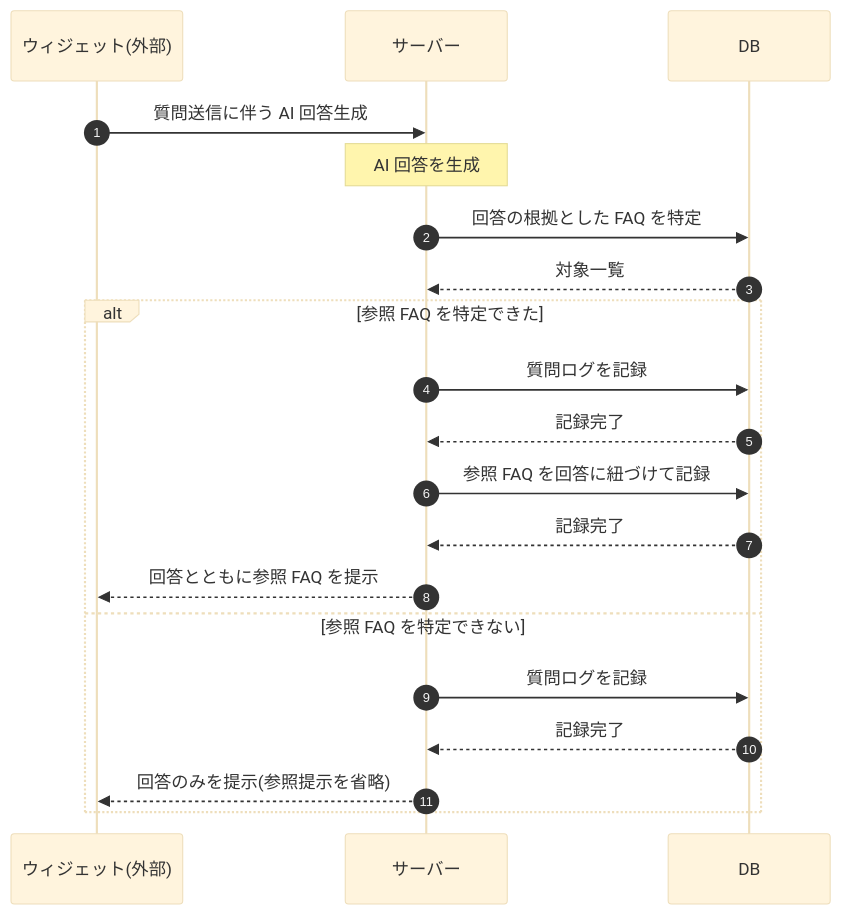
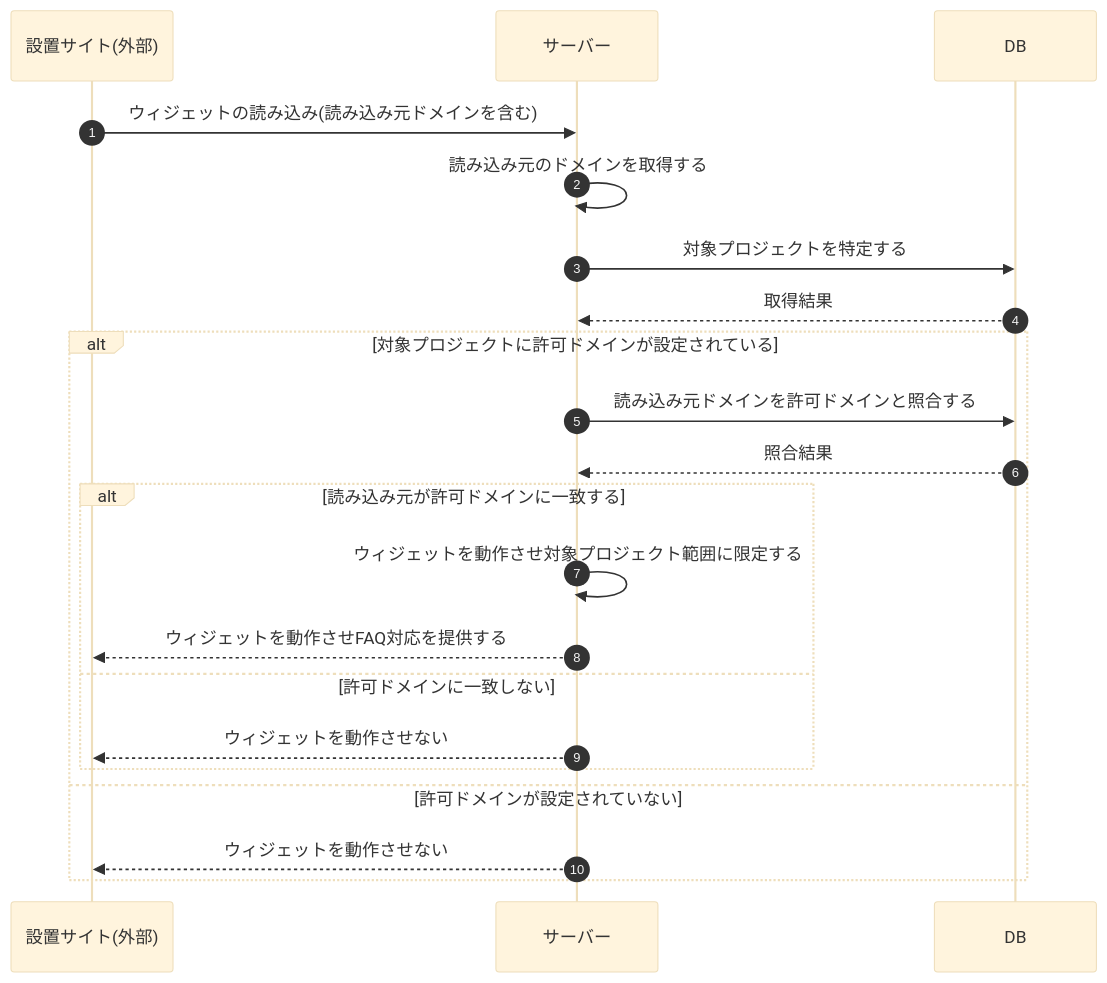
Before and after one commit to sikakou54/open-faq: the diagram in 02_basic_design/03_sequences/SEQ-110.md, drawn with Mermaid (base theme). The commit also changed other lines of this file and 395 other files, not shown here.

````diff
--- a/02_basic_design/03_sequences/SEQ-110.md
+++ b/02_basic_design/03_sequences/SEQ-110.md
@@ -25,22 +25,23 @@
 ```mermaid
 sequenceDiagram
   autonumber
-  participant W as ウィジェット(外部)
+  participant Site as 設置サイト(外部)
   participant Server as サーバー
   participant DB as DB
-  W->>Server: 質問送信に伴う AI 回答生成
-  Note over Server: AI 回答を生成
-  Server->>DB: 回答の根拠とした FAQ を特定
-  DB-->>Server: 対象一覧
-  alt 参照 FAQ を特定できた
-    Server->>DB: 質問ログを記録
-    DB-->>Server: 記録完了
-    Server->>DB: 参照 FAQ を回答に紐づけて記録
-    DB-->>Server: 記録完了
-    Server-->>W: 回答とともに参照 FAQ を提示
-  else 参照 FAQ を特定できない
-    Server->>DB: 質問ログを記録
-    DB-->>Server: 記録完了
-    Server-->>W: 回答のみを提示(参照提示を省略)
+  Site->>Server: ウィジェットの読み込み(読み込み元ドメインを含む)
+  Server->>Server: 読み込み元のドメインを取得する
+  Server->>DB: 対象プロジェクトを特定する
+  DB-->>Server: 取得結果
+  alt 対象プロジェクトに許可ドメインが設定されている
+    Server->>DB: 読み込み元ドメインを許可ドメインと照合する
+    DB-->>Server: 照合結果
+    alt 読み込み元が許可ドメインに一致する
+      Server->>Server: ウィジェットを動作させ対象プロジェクト範囲に限定する
+      Server-->>Site: ウィジェットを動作させFAQ対応を提供する
+    else 許可ドメインに一致しない
+      Server-->>Site: ウィジェットを動作させない
+    end
+  else 許可ドメインが設定されていない
+    Server-->>Site: ウィジェットを動作させない
   end
 ```
````
